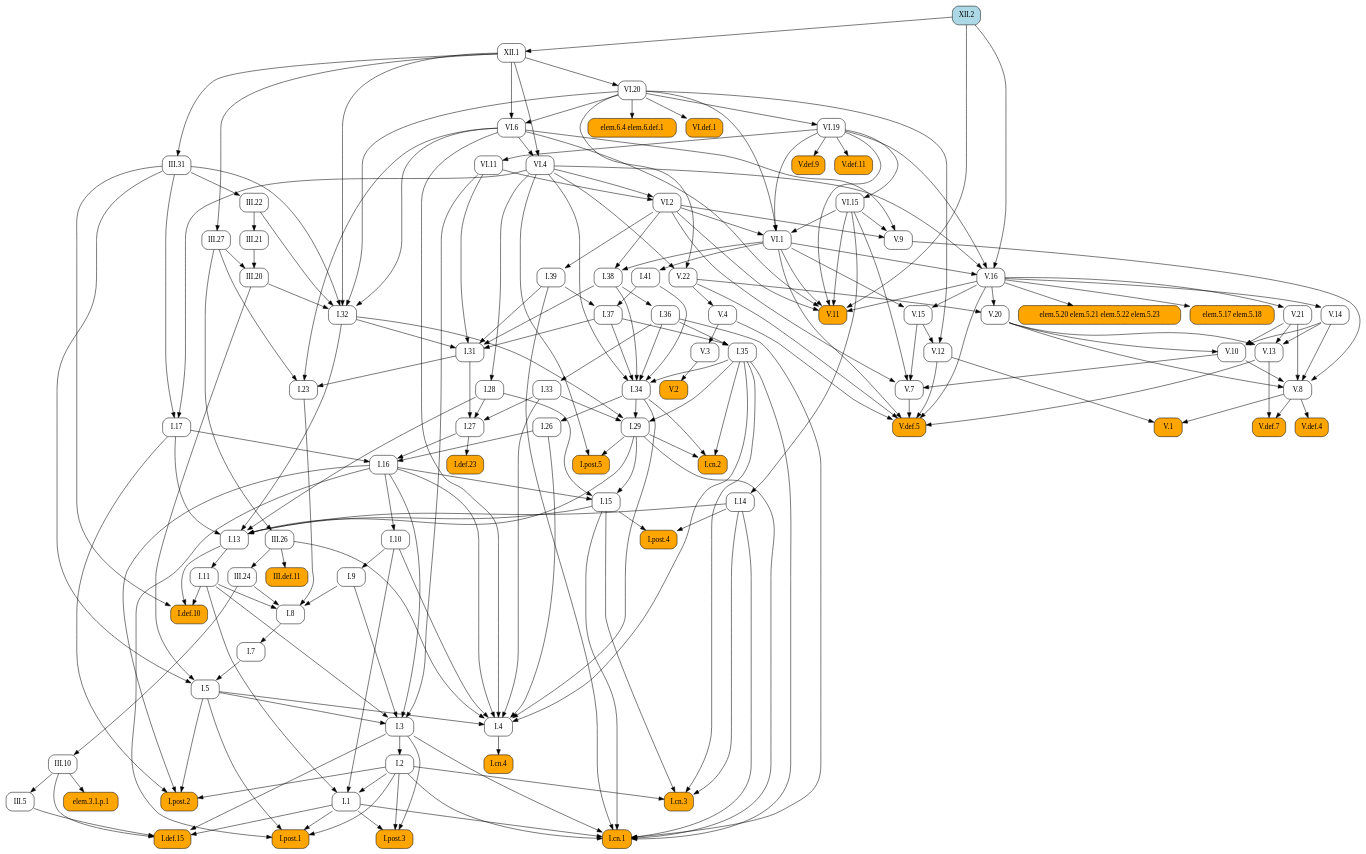
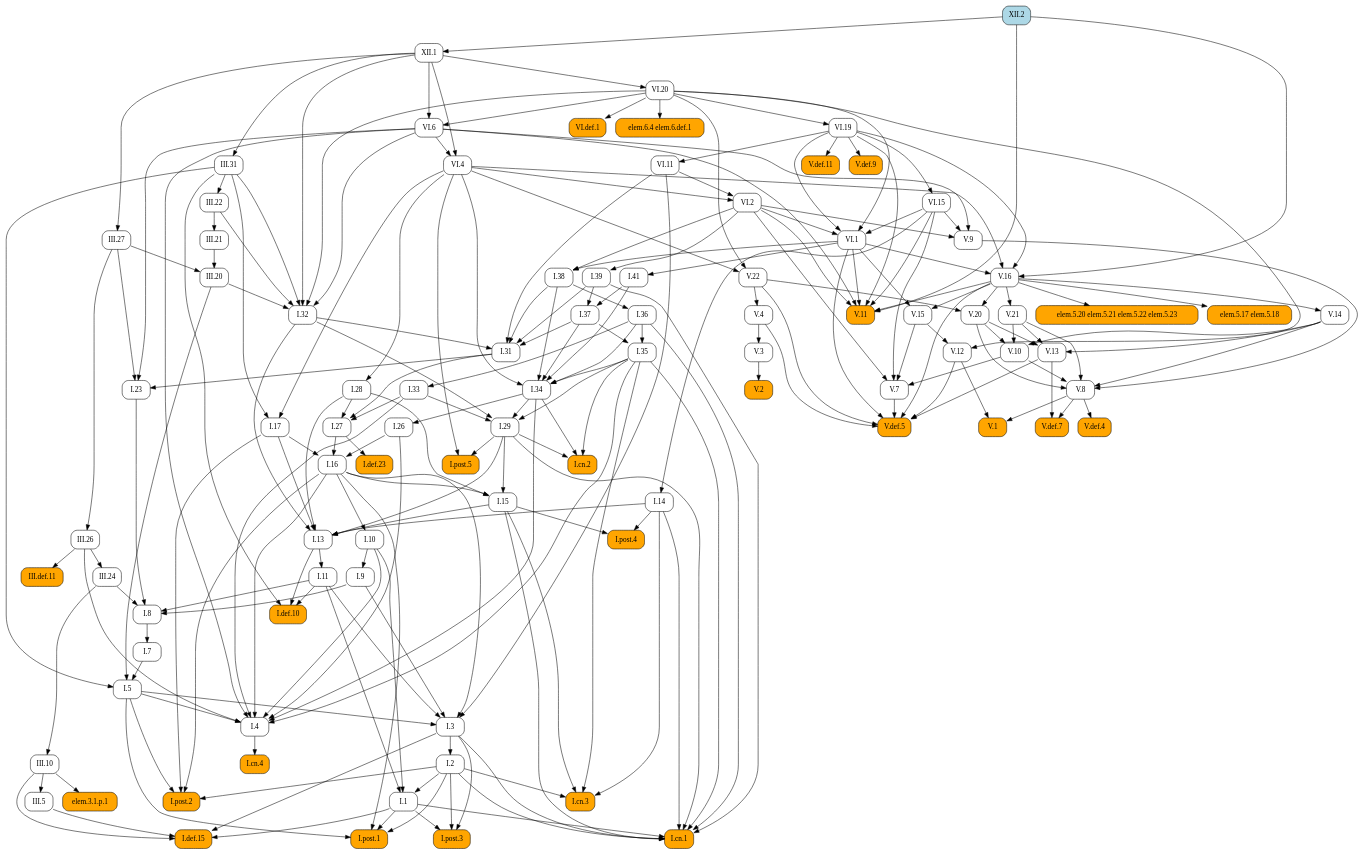
Before and after one commit to geometor/elements: the diagram in docsrc/heath/XII/2/index.rst, drawn with Graphviz. The commit also changed other lines of this file and 1029 other files, not shown here.

```diff
--- a/docsrc/heath/XII/2/index.rst
+++ b/docsrc/heath/XII/2/index.rst
@@ -83,154 +83,264 @@
    digraph {
      rankdir="TB";
      node [shape=box, style=rounded];
+     "I.def.10" [style="rounded,filled", fillcolor=orange, URL="/heath/I/def.10/", target="_top"];
+     "I.11" [URL="/heath/I/11/", target="_top"];
+     "I.post.4" [style="rounded,filled", fillcolor=orange, URL="/heath/I/post.4/", target="_top"];
+     "I.28" [URL="/heath/I/28/", target="_top"];
+     "I.1" [URL="/heath/I/1/", target="_top"];
+     "V.def.5" [style="rounded,filled", fillcolor=orange, URL="/heath/V/def.5/", target="_top"];
+     "III.20" [URL="/heath/III/20/", target="_top"];
+     "III.31" [URL="/heath/III/31/", target="_top"];
+     "V.13" [URL="/heath/V/13/", target="_top"];
+     "V.11" [style="rounded,filled", fillcolor=orange, URL="/heath/V/11/", target="_top"];
+     "VI.6" [URL="/heath/VI/6/", target="_top"];
+     "III.def.11" [style="rounded,filled", fillcolor=orange, URL="/heath/III/def.11/", target="_top"];
+     "I.post.3" [style="rounded,filled", fillcolor=orange, URL="/heath/I/post.3/", target="_top"];
+     "VI.1" [URL="/heath/VI/1/", target="_top"];
+     "I.cn.3" [style="rounded,filled", fillcolor=orange, URL="/heath/I/cn.3/", target="_top"];
+     "I.14" [URL="/heath/I/14/", target="_top"];
+     "V.16" [URL="/heath/V/16/", target="_top"];
+     "VI.11" [URL="/heath/VI/11/", target="_top"];
+     "VI.4" [URL="/heath/VI/4/", target="_top"];
+     "V.3" [URL="/heath/V/3/", target="_top"];
+     "I.36" [URL="/heath/I/36/", target="_top"];
+     "V.8" [URL="/heath/V/8/", target="_top"];
+     "I.27" [URL="/heath/I/27/", target="_top"];
+     "I.41" [URL="/heath/I/41/", target="_top"];
+     "I.37" [URL="/heath/I/37/", target="_top"];
+     "I.34" [URL="/heath/I/34/", target="_top"];
+     "I.2" [URL="/heath/I/2/", target="_top"];
+     "I.def.23" [style="rounded,filled", fillcolor=orange, URL="/heath/I/def.23/", target="_top"];
+     "I.17" [URL="/heath/I/17/", target="_top"];
+     "I.33" [URL="/heath/I/33/", target="_top"];
+     "I.post.2" [style="rounded,filled", fillcolor=orange, URL="/heath/I/post.2/", target="_top"];
+     "VI.def.1" [style="rounded,filled", fillcolor=orange, URL="/heath/VI/def.1/", target="_top"];
+     "elem.5.20 elem.5.21 elem.5.22 elem.5.23" [style="rounded,filled", fillcolor=orange];
+     "I.9" [URL="/heath/I/9/", target="_top"];
+     "I.32" [URL="/heath/I/32/", target="_top"];
+     "V.def.4" [style="rounded,filled", fillcolor=orange, URL="/heath/V/def.4/", target="_top"];
+     "I.cn.4" [style="rounded,filled", fillcolor=orange, URL="/heath/I/cn.4/", target="_top"];
+     "I.15" [URL="/heath/I/15/", target="_top"];
+     "III.22" [URL="/heath/III/22/", target="_top"];
+     "I.38" [URL="/heath/I/38/", target="_top"];
+     "V.def.7" [style="rounded,filled", fillcolor=orange, URL="/heath/V/def.7/", target="_top"];
+     "I.5" [URL="/heath/I/5/", target="_top"];
+     "V.21" [URL="/heath/V/21/", target="_top"];
+     "III.5" [URL="/heath/III/5/", target="_top"];
+     "elem.6.4 elem.6.def.1" [style="rounded,filled", fillcolor=orange];
+     "I.39" [URL="/heath/I/39/", target="_top"];
+     "V.def.11" [style="rounded,filled", fillcolor=orange, URL="/heath/V/def.11/", target="_top"];
+     "I.26" [URL="/heath/I/26/", target="_top"];
+     "III.26" [URL="/heath/III/26/", target="_top"];
+     "V.14" [URL="/heath/V/14/", target="_top"];
+     "I.29" [URL="/heath/I/29/", target="_top"];
+     "elem.3.1.p.1" [style="rounded,filled", fillcolor=orange];
+     "V.12" [URL="/heath/V/12/", target="_top"];
+     "V.22" [URL="/heath/V/22/", target="_top"];
+     "I.cn.2" [style="rounded,filled", fillcolor=orange, URL="/heath/I/cn.2/", target="_top"];
+     "V.20" [URL="/heath/V/20/", target="_top"];
+     "V.10" [URL="/heath/V/10/", target="_top"];
+     "VI.2" [URL="/heath/VI/2/", target="_top"];
+     "I.def.15" [style="rounded,filled", fillcolor=orange, URL="/heath/I/def.15/", target="_top"];
+     "XII.1" [URL="/heath/XII/1/", target="_top"];
+     "V.15" [URL="/heath/V/15/", target="_top"];
+     "I.cn.1" [style="rounded,filled", fillcolor=orange, URL="/heath/I/cn.1/", target="_top"];
+     "V.7" [URL="/heath/V/7/", target="_top"];
+     "V.9" [URL="/heath/V/9/", target="_top"];
+     "I.23" [URL="/heath/I/23/", target="_top"];
+     "I.post.1" [style="rounded,filled", fillcolor=orange, URL="/heath/I/post.1/", target="_top"];
+     "III.24" [URL="/heath/III/24/", target="_top"];
+     "I.35" [URL="/heath/I/35/", target="_top"];
+     "V.def.9" [style="rounded,filled", fillcolor=orange, URL="/heath/V/def.9/", target="_top"];
+     "I.7" [URL="/heath/I/7/", target="_top"];
+     "I.3" [URL="/heath/I/3/", target="_top"];
+     "I.4" [URL="/heath/I/4/", target="_top"];
+     "I.13" [URL="/heath/I/13/", target="_top"];
+     "V.4" [URL="/heath/V/4/", target="_top"];
+     "VI.20" [URL="/heath/VI/20/", target="_top"];
+     "I.31" [URL="/heath/I/31/", target="_top"];
      "V.1" [style="rounded,filled", fillcolor=orange, URL="/heath/V/1/", target="_top"];
-     "III.22" [URL="/heath/III/22/", target="_top"];
-     "I.29" [URL="/heath/I/29/", target="_top"];
-     "I.7" [URL="/heath/I/7/", target="_top"];
-     "I.27" [URL="/heath/I/27/", target="_top"];
-     "I.def.23" [style="rounded,filled", fillcolor=orange, URL="/heath/I/def.23/", target="_top"];
-     "V.20" [URL="/heath/V/20/", target="_top"];
-     "I.34" [URL="/heath/I/34/", target="_top"];
+     "I.16" [URL="/heath/I/16/", target="_top"];
+     "XII.2" [style="rounded,filled", fillcolor=lightblue, URL="/heath/XII/2/", target="_top"];
+     "III.10" [URL="/heath/III/10/", target="_top"];
+     "elem.5.17 elem.5.18" [style="rounded,filled", fillcolor=orange];
+     "III.27" [URL="/heath/III/27/", target="_top"];
+     "VI.15" [URL="/heath/VI/15/", target="_top"];
      "I.8" [URL="/heath/I/8/", target="_top"];
      "V.2" [style="rounded,filled", fillcolor=orange, URL="/heath/V/2/", target="_top"];
-     "III.10" [URL="/heath/III/10/", target="_top"];
-     "I.9" [URL="/heath/I/9/", target="_top"];
-     "III.20" [URL="/heath/III/20/", target="_top"];
-     "V.22" [URL="/heath/V/22/", target="_top"];
-     "I.post.4" [style="rounded,filled", fillcolor=orange, URL="/heath/I/post.4/", target="_top"];
-     "I.2" [URL="/heath/I/2/", target="_top"];
-     "V.4" [URL="/heath/V/4/", target="_top"];
-     "I.28" [URL="/heath/I/28/", target="_top"];
-     "III.27" [URL="/heath/III/27/", target="_top"];
-     "VI.4" [URL="/heath/VI/4/", target="_top"];
-     "I.cn.4" [style="rounded,filled", fillcolor=orange, URL="/heath/I/cn.4/", target="_top"];
-     "VI.2" [URL="/heath/VI/2/", target="_top"];
-     "elem.5.20 elem.5.21 elem.5.22 elem.5.23" [style="rounded,filled", fillcolor=orange];
-     "V.def.9" [style="rounded,filled", fillcolor=orange, URL="/heath/V/def.9/", target="_top"];
-     "III.31" [URL="/heath/III/31/", target="_top"];
-     "I.23" [URL="/heath/I/23/", target="_top"];
-     "I.13" [URL="/heath/I/13/", target="_top"];
-     "I.5" [URL="/heath/I/5/", target="_top"];
      "III.21" [URL="/heath/III/21/", target="_top"];
-     "I.11" [URL="/heath/I/11/", target="_top"];
-     "I.4" [URL="/heath/I/4/", target="_top"];
-     "I.def.10" [style="rounded,filled", fillcolor=orange, URL="/heath/I/def.10/", target="_top"];
-     "III.24" [URL="/heath/III/24/", target="_top"];
-     "I.post.3" [style="rounded,filled", fillcolor=orange, URL="/heath/I/post.3/", target="_top"];
-     "V.9" [URL="/heath/V/9/", target="_top"];
-     "VI.def.1" [style="rounded,filled", fillcolor=orange, URL="/heath/VI/def.1/", target="_top"];
-     "elem.5.17 elem.5.18" [style="rounded,filled", fillcolor=orange];
-     "V.3" [URL="/heath/V/3/", target="_top"];
-     "I.36" [URL="/heath/I/36/", target="_top"];
-     "V.12" [URL="/heath/V/12/", target="_top"];
-     "I.15" [URL="/heath/I/15/", target="_top"];
-     "I.17" [URL="/heath/I/17/", target="_top"];
-     "I.32" [URL="/heath/I/32/", target="_top"];
-     "I.41" [URL="/heath/I/41/", target="_top"];
-     "V.def.5" [style="rounded,filled", fillcolor=orange, URL="/heath/V/def.5/", target="_top"];
-     "I.cn.3" [style="rounded,filled", fillcolor=orange, URL="/heath/I/cn.3/", target="_top"];
-     "XII.1" [URL="/heath/XII/1/", target="_top"];
-     "III.def.11" [style="rounded,filled", fillcolor=orange, URL="/heath/III/def.11/", target="_top"];
-     "I.38" [URL="/heath/I/38/", target="_top"];
-     "V.16" [URL="/heath/V/16/", target="_top"];
-     "V.15" [URL="/heath/V/15/", target="_top"];
-     "V.def.4" [style="rounded,filled", fillcolor=orange, URL="/heath/V/def.4/", target="_top"];
-     "V.21" [URL="/heath/V/21/", target="_top"];
-     "V.8" [URL="/heath/V/8/", target="_top"];
-     "V.7" [URL="/heath/V/7/", target="_top"];
-     "I.def.15" [style="rounded,filled", fillcolor=orange, URL="/heath/I/def.15/", target="_top"];
-     "I.1" [URL="/heath/I/1/", target="_top"];
-     "VI.11" [URL="/heath/VI/11/", target="_top"];
-     "V.13" [URL="/heath/V/13/", target="_top"];
-     "I.post.1" [style="rounded,filled", fillcolor=orange, URL="/heath/I/post.1/", target="_top"];
-     "I.26" [URL="/heath/I/26/", target="_top"];
-     "I.33" [URL="/heath/I/33/", target="_top"];
-     "elem.3.1.p.1" [style="rounded,filled", fillcolor=orange];
-     "V.def.7" [style="rounded,filled", fillcolor=orange, URL="/heath/V/def.7/", target="_top"];
-     "elem.6.4 elem.6.def.1" [style="rounded,filled", fillcolor=orange];
-     "I.39" [URL="/heath/I/39/", target="_top"];
-     "III.5" [URL="/heath/III/5/", target="_top"];
-     "I.cn.2" [style="rounded,filled", fillcolor=orange, URL="/heath/I/cn.2/", target="_top"];
-     "V.10" [URL="/heath/V/10/", target="_top"];
+     "I.post.5" [style="rounded,filled", fillcolor=orange, URL="/heath/I/post.5/", target="_top"];
+     "VI.19" [URL="/heath/VI/19/", target="_top"];
      "I.10" [URL="/heath/I/10/", target="_top"];
-     "I.3" [URL="/heath/I/3/", target="_top"];
-     "I.16" [URL="/heath/I/16/", target="_top"];
-     "III.26" [URL="/heath/III/26/", target="_top"];
-     "I.31" [URL="/heath/I/31/", target="_top"];
-     "VI.6" [URL="/heath/VI/6/", target="_top"];
-     "VI.15" [URL="/heath/VI/15/", target="_top"];
-     "V.def.11" [style="rounded,filled", fillcolor=orange, URL="/heath/V/def.11/", target="_top"];
-     "V.11" [style="rounded,filled", fillcolor=orange, URL="/heath/V/11/", target="_top"];
-     "I.post.2" [style="rounded,filled", fillcolor=orange, URL="/heath/I/post.2/", target="_top"];
-     "XII.2" [style="rounded,filled", fillcolor=lightblue, URL="/heath/XII/2/", target="_top"];
-     "I.post.5" [style="rounded,filled", fillcolor=orange, URL="/heath/I/post.5/", target="_top"];
-     "VI.20" [URL="/heath/VI/20/", target="_top"];
-     "VI.1" [URL="/heath/VI/1/", target="_top"];
-     "VI.19" [URL="/heath/VI/19/", target="_top"];
-     "I.14" [URL="/heath/I/14/", target="_top"];
-     "I.35" [URL="/heath/I/35/", target="_top"];
-     "I.cn.1" [style="rounded,filled", fillcolor=orange, URL="/heath/I/cn.1/", target="_top"];
-     "I.37" [URL="/heath/I/37/", target="_top"];
-     "V.14" [URL="/heath/V/14/", target="_top"];
-     "V.8" -> "V.1";
-     "V.12" -> "V.1";
-     "III.31" -> "III.22";
-     "I.32" -> "I.29";
-     "I.33" -> "I.29";
-     "I.34" -> "I.29";
-     "I.35" -> "I.29";
-     "I.8" -> "I.7";
+     "I.11" -> "I.def.10";
+     "I.13" -> "I.def.10";
+     "III.31" -> "I.def.10";
+     "I.13" -> "I.11";
+     "I.14" -> "I.post.4";
+     "I.15" -> "I.post.4";
+     "VI.4" -> "I.28";
+     "I.2" -> "I.1";
+     "I.10" -> "I.1";
+     "I.11" -> "I.1";
+     "V.4" -> "V.def.5";
+     "V.7" -> "V.def.5";
+     "V.12" -> "V.def.5";
+     "V.13" -> "V.def.5";
+     "V.16" -> "V.def.5";
+     "V.22" -> "V.def.5";
+     "VI.1" -> "V.def.5";
+     "III.21" -> "III.20";
+     "III.27" -> "III.20";
+     "XII.1" -> "III.31";
+     "V.14" -> "V.13";
+     "V.20" -> "V.13";
+     "V.21" -> "V.13";
+     "V.16" -> "V.11";
+     "VI.1" -> "V.11";
+     "VI.2" -> "V.11";
+     "VI.6" -> "V.11";
+     "VI.15" -> "V.11";
+     "VI.19" -> "V.11";
+     "XII.2" -> "V.11";
+     "VI.20" -> "VI.6";
+     "XII.1" -> "VI.6";
+     "III.26" -> "III.def.11";
+     "I.1" -> "I.post.3";
+     "I.2" -> "I.post.3";
+     "I.3" -> "I.post.3";
+     "VI.2" -> "VI.1";
+     "VI.15" -> "VI.1";
+     "VI.19" -> "VI.1";
+     "VI.20" -> "VI.1";
+     "I.2" -> "I.cn.3";
+     "I.14" -> "I.cn.3";
+     "I.15" -> "I.cn.3";
+     "I.35" -> "I.cn.3";
+     "VI.15" -> "I.14";
+     "VI.1" -> "V.16";
+     "VI.4" -> "V.16";
+     "VI.19" -> "V.16";
+     "XII.2" -> "V.16";
+     "VI.19" -> "VI.11";
+     "VI.6" -> "VI.4";
+     "XII.1" -> "VI.4";
+     "V.4" -> "V.3";
+     "I.38" -> "I.36";
+     "V.9" -> "V.8";
+     "V.10" -> "V.8";
+     "V.14" -> "V.8";
+     "V.20" -> "V.8";
+     "V.21" -> "V.8";
      "I.28" -> "I.27";
      "I.31" -> "I.27";
      "I.33" -> "I.27";
-     "I.27" -> "I.def.23";
-     "V.16" -> "V.20";
-     "V.22" -> "V.20";
+     "VI.1" -> "I.41";
+     "I.39" -> "I.37";
+     "I.41" -> "I.37";
      "I.35" -> "I.34";
      "I.36" -> "I.34";
      "I.37" -> "I.34";
      "I.38" -> "I.34";
      "I.41" -> "I.34";
      "VI.4" -> "I.34";
-     "I.9" -> "I.8";
-     "I.11" -> "I.8";
-     "I.23" -> "I.8";
-     "III.24" -> "I.8";
-     "V.3" -> "V.2";
-     "III.24" -> "III.10";
+     "I.3" -> "I.2";
+     "I.27" -> "I.def.23";
+     "III.31" -> "I.17";
+     "VI.4" -> "I.17";
+     "I.36" -> "I.33";
+     "I.2" -> "I.post.2";
+     "I.5" -> "I.post.2";
+     "I.16" -> "I.post.2";
+     "I.17" -> "I.post.2";
+     "VI.20" -> "VI.def.1";
+     "V.16" -> "elem.5.20 elem.5.21 elem.5.22 elem.5.23";
      "I.10" -> "I.9";
-     "III.21" -> "III.20";
-     "III.27" -> "III.20";
+     "III.20" -> "I.32";
+     "III.22" -> "I.32";
+     "III.31" -> "I.32";
+     "VI.6" -> "I.32";
+     "VI.20" -> "I.32";
+     "XII.1" -> "I.32";
+     "V.8" -> "V.def.4";
+     "I.4" -> "I.cn.4";
+     "I.16" -> "I.15";
+     "I.28" -> "I.15";
+     "I.29" -> "I.15";
+     "III.31" -> "III.22";
+     "VI.1" -> "I.38";
+     "VI.2" -> "I.38";
+     "V.8" -> "V.def.7";
+     "V.13" -> "V.def.7";
+     "I.7" -> "I.5";
+     "III.20" -> "I.5";
+     "III.31" -> "I.5";
+     "V.16" -> "V.21";
+     "III.10" -> "III.5";
+     "VI.20" -> "elem.6.4 elem.6.def.1";
+     "VI.2" -> "I.39";
+     "VI.19" -> "V.def.11";
+     "I.34" -> "I.26";
+     "III.27" -> "III.26";
+     "V.16" -> "V.14";
+     "I.32" -> "I.29";
+     "I.33" -> "I.29";
+     "I.34" -> "I.29";
+     "I.35" -> "I.29";
+     "III.10" -> "elem.3.1.p.1";
+     "V.15" -> "V.12";
+     "VI.20" -> "V.12";
      "VI.4" -> "V.22";
      "VI.20" -> "V.22";
-     "I.14" -> "I.post.4";
-     "I.15" -> "I.post.4";
-     "I.3" -> "I.2";
-     "V.22" -> "V.4";
-     "VI.4" -> "I.28";
-     "XII.1" -> "III.27";
-     "VI.6" -> "VI.4";
-     "XII.1" -> "VI.4";
-     "I.4" -> "I.cn.4";
+     "I.29" -> "I.cn.2";
+     "I.34" -> "I.cn.2";
+     "I.35" -> "I.cn.2";
+     "V.16" -> "V.20";
+     "V.22" -> "V.20";
+     "V.14" -> "V.10";
+     "V.20" -> "V.10";
+     "V.21" -> "V.10";
      "VI.4" -> "VI.2";
      "VI.11" -> "VI.2";
-     "V.16" -> "elem.5.20 elem.5.21 elem.5.22 elem.5.23";
-     "VI.19" -> "V.def.9";
-     "XII.1" -> "III.31";
+     "I.1" -> "I.def.15";
+     "I.3" -> "I.def.15";
+     "III.5" -> "I.def.15";
+     "III.10" -> "I.def.15";
+     "XII.2" -> "XII.1";
+     "V.16" -> "V.15";
+     "VI.1" -> "V.15";
+     "I.1" -> "I.cn.1";
+     "I.2" -> "I.cn.1";
+     "I.3" -> "I.cn.1";
+     "I.14" -> "I.cn.1";
+     "I.15" -> "I.cn.1";
+     "I.29" -> "I.cn.1";
+     "I.35" -> "I.cn.1";
+     "I.36" -> "I.cn.1";
+     "I.39" -> "I.cn.1";
+     "V.10" -> "V.7";
+     "V.15" -> "V.7";
+     "VI.2" -> "V.7";
+     "VI.15" -> "V.7";
+     "VI.2" -> "V.9";
+     "VI.6" -> "V.9";
+     "VI.15" -> "V.9";
      "I.31" -> "I.23";
      "III.27" -> "I.23";
      "VI.6" -> "I.23";
-     "I.14" -> "I.13";
-     "I.15" -> "I.13";
-     "I.17" -> "I.13";
-     "I.28" -> "I.13";
-     "I.29" -> "I.13";
-     "I.32" -> "I.13";
-     "I.7" -> "I.5";
-     "III.20" -> "I.5";
-     "III.31" -> "I.5";
-     "III.22" -> "III.21";
-     "I.13" -> "I.11";
+     "I.1" -> "I.post.1";
+     "I.2" -> "I.post.1";
+     "I.5" -> "I.post.1";
+     "I.16" -> "I.post.1";
+     "III.26" -> "III.24";
+     "I.36" -> "I.35";
+     "I.37" -> "I.35";
+     "VI.19" -> "V.def.9";
+     "I.8" -> "I.7";
+     "I.5" -> "I.3";
+     "I.9" -> "I.3";
+     "I.11" -> "I.3";
+     "I.16" -> "I.3";
+     "VI.11" -> "I.3";
      "I.5" -> "I.4";
      "I.10" -> "I.4";
      "I.16" -> "I.4";
@@ -240,146 +350,36 @@
      "I.35" -> "I.4";
      "III.26" -> "I.4";
      "VI.6" -> "I.4";
-     "I.11" -> "I.def.10";
-     "I.13" -> "I.def.10";
-     "III.31" -> "I.def.10";
-     "III.26" -> "III.24";
-     "I.1" -> "I.post.3";
-     "I.2" -> "I.post.3";
-     "I.3" -> "I.post.3";
-     "VI.2" -> "V.9";
-     "VI.6" -> "V.9";
-     "VI.15" -> "V.9";
-     "VI.20" -> "VI.def.1";
-     "V.16" -> "elem.5.17 elem.5.18";
-     "V.4" -> "V.3";
-     "I.38" -> "I.36";
-     "V.15" -> "V.12";
-     "VI.20" -> "V.12";
-     "I.16" -> "I.15";
-     "I.28" -> "I.15";
-     "I.29" -> "I.15";
-     "III.31" -> "I.17";
-     "VI.4" -> "I.17";
-     "III.20" -> "I.32";
-     "III.22" -> "I.32";
-     "III.31" -> "I.32";
-     "VI.6" -> "I.32";
-     "VI.20" -> "I.32";
-     "XII.1" -> "I.32";
-     "VI.1" -> "I.41";
-     "V.4" -> "V.def.5";
-     "V.7" -> "V.def.5";
-     "V.12" -> "V.def.5";
-     "V.13" -> "V.def.5";
-     "V.16" -> "V.def.5";
-     "V.22" -> "V.def.5";
-     "VI.1" -> "V.def.5";
-     "I.2" -> "I.cn.3";
-     "I.14" -> "I.cn.3";
-     "I.15" -> "I.cn.3";
-     "I.35" -> "I.cn.3";
-     "XII.2" -> "XII.1";
-     "III.26" -> "III.def.11";
-     "VI.1" -> "I.38";
-     "VI.2" -> "I.38";
-     "VI.1" -> "V.16";
-     "VI.4" -> "V.16";
-     "VI.19" -> "V.16";
-     "XII.2" -> "V.16";
-     "V.16" -> "V.15";
-     "VI.1" -> "V.15";
-     "V.8" -> "V.def.4";
-     "V.16" -> "V.21";
-     "V.9" -> "V.8";
-     "V.10" -> "V.8";
-     "V.14" -> "V.8";
-     "V.20" -> "V.8";
-     "V.21" -> "V.8";
-     "V.10" -> "V.7";
-     "V.15" -> "V.7";
-     "VI.2" -> "V.7";
-     "VI.15" -> "V.7";
-     "I.1" -> "I.def.15";
-     "I.3" -> "I.def.15";
-     "III.5" -> "I.def.15";
-     "III.10" -> "I.def.15";
-     "I.2" -> "I.1";
-     "I.10" -> "I.1";
-     "I.11" -> "I.1";
-     "VI.19" -> "VI.11";
-     "V.14" -> "V.13";
-     "V.20" -> "V.13";
-     "V.21" -> "V.13";
-     "I.1" -> "I.post.1";
-     "I.2" -> "I.post.1";
-     "I.5" -> "I.post.1";
-     "I.16" -> "I.post.1";
-     "I.34" -> "I.26";
-     "I.36" -> "I.33";
-     "III.10" -> "elem.3.1.p.1";
-     "V.8" -> "V.def.7";
-     "V.13" -> "V.def.7";
-     "VI.20" -> "elem.6.4 elem.6.def.1";
-     "VI.2" -> "I.39";
-     "III.10" -> "III.5";
-     "I.29" -> "I.cn.2";
-     "I.34" -> "I.cn.2";
-     "I.35" -> "I.cn.2";
-     "V.14" -> "V.10";
-     "V.20" -> "V.10";
-     "V.21" -> "V.10";
-     "I.16" -> "I.10";
-     "I.5" -> "I.3";
-     "I.9" -> "I.3";
-     "I.11" -> "I.3";
-     "I.16" -> "I.3";
-     "VI.11" -> "I.3";
-     "I.17" -> "I.16";
-     "I.26" -> "I.16";
-     "I.27" -> "I.16";
-     "III.27" -> "III.26";
+     "I.14" -> "I.13";
+     "I.15" -> "I.13";
+     "I.17" -> "I.13";
+     "I.28" -> "I.13";
+     "I.29" -> "I.13";
+     "I.32" -> "I.13";
+     "V.22" -> "V.4";
+     "XII.1" -> "VI.20";
      "I.32" -> "I.31";
      "I.37" -> "I.31";
      "I.38" -> "I.31";
      "I.39" -> "I.31";
      "VI.11" -> "I.31";
-     "VI.20" -> "VI.6";
-     "XII.1" -> "VI.6";
+     "V.8" -> "V.1";
+     "V.12" -> "V.1";
+     "I.17" -> "I.16";
+     "I.26" -> "I.16";
+     "I.27" -> "I.16";
+     "III.24" -> "III.10";
+     "V.16" -> "elem.5.17 elem.5.18";
+     "XII.1" -> "III.27";
      "VI.19" -> "VI.15";
-     "VI.19" -> "V.def.11";
-     "V.16" -> "V.11";
-     "VI.1" -> "V.11";
-     "VI.2" -> "V.11";
-     "VI.6" -> "V.11";
-     "VI.15" -> "V.11";
-     "VI.19" -> "V.11";
-     "XII.2" -> "V.11";
-     "I.2" -> "I.post.2";
-     "I.5" -> "I.post.2";
-     "I.16" -> "I.post.2";
-     "I.17" -> "I.post.2";
+     "I.9" -> "I.8";
+     "I.11" -> "I.8";
+     "I.23" -> "I.8";
+     "III.24" -> "I.8";
+     "V.3" -> "V.2";
+     "III.22" -> "III.21";
      "I.29" -> "I.post.5";
      "VI.4" -> "I.post.5";
-     "XII.1" -> "VI.20";
-     "VI.2" -> "VI.1";
-     "VI.15" -> "VI.1";
-     "VI.19" -> "VI.1";
-     "VI.20" -> "VI.1";
      "VI.20" -> "VI.19";
-     "VI.15" -> "I.14";
-     "I.36" -> "I.35";
-     "I.37" -> "I.35";
-     "I.1" -> "I.cn.1";
-     "I.2" -> "I.cn.1";
-     "I.3" -> "I.cn.1";
-     "I.14" -> "I.cn.1";
-     "I.15" -> "I.cn.1";
-     "I.29" -> "I.cn.1";
-     "I.35" -> "I.cn.1";
-     "I.36" -> "I.cn.1";
-     "I.39" -> "I.cn.1";
-     "I.39" -> "I.37";
-     "I.41" -> "I.37";
-     "V.16" -> "V.14";
+     "I.16" -> "I.10";
    }
```
